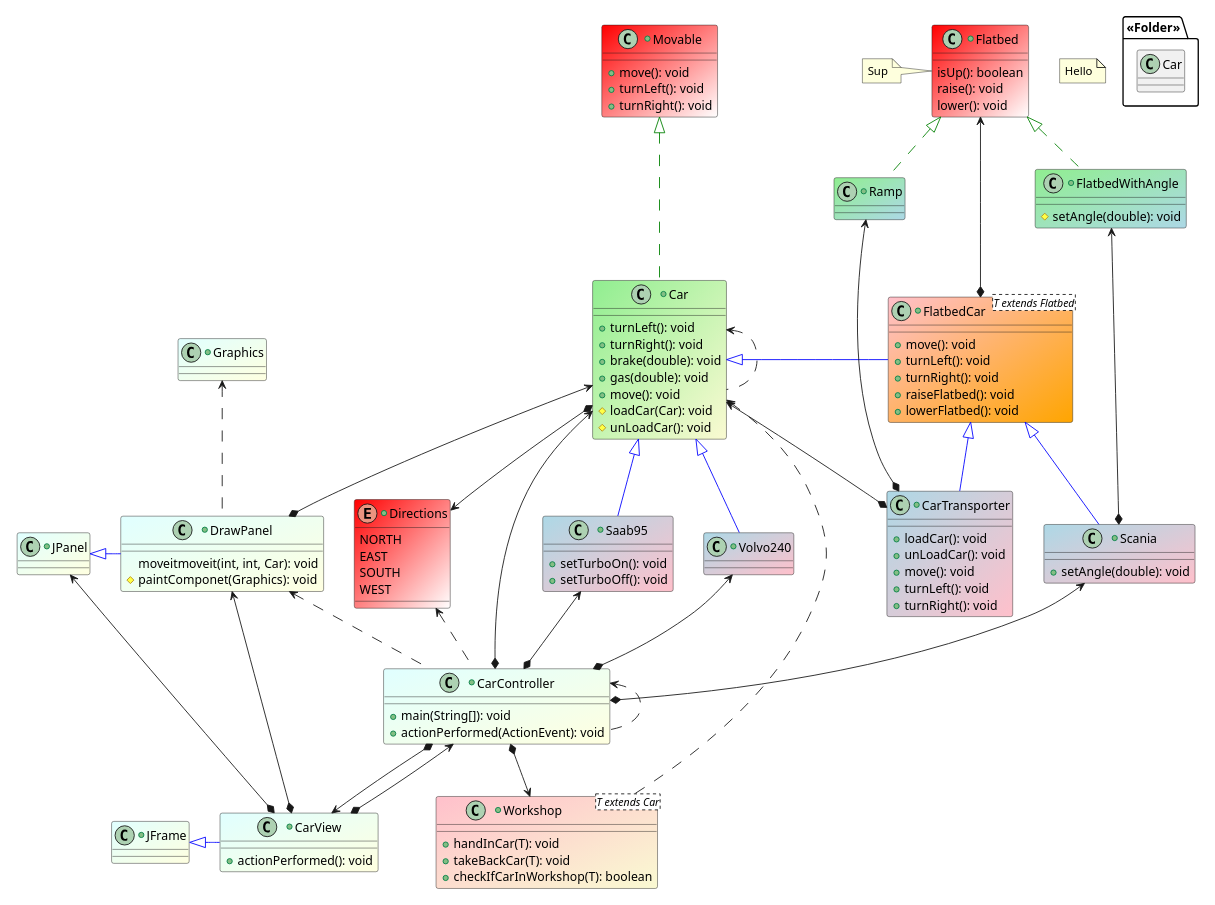
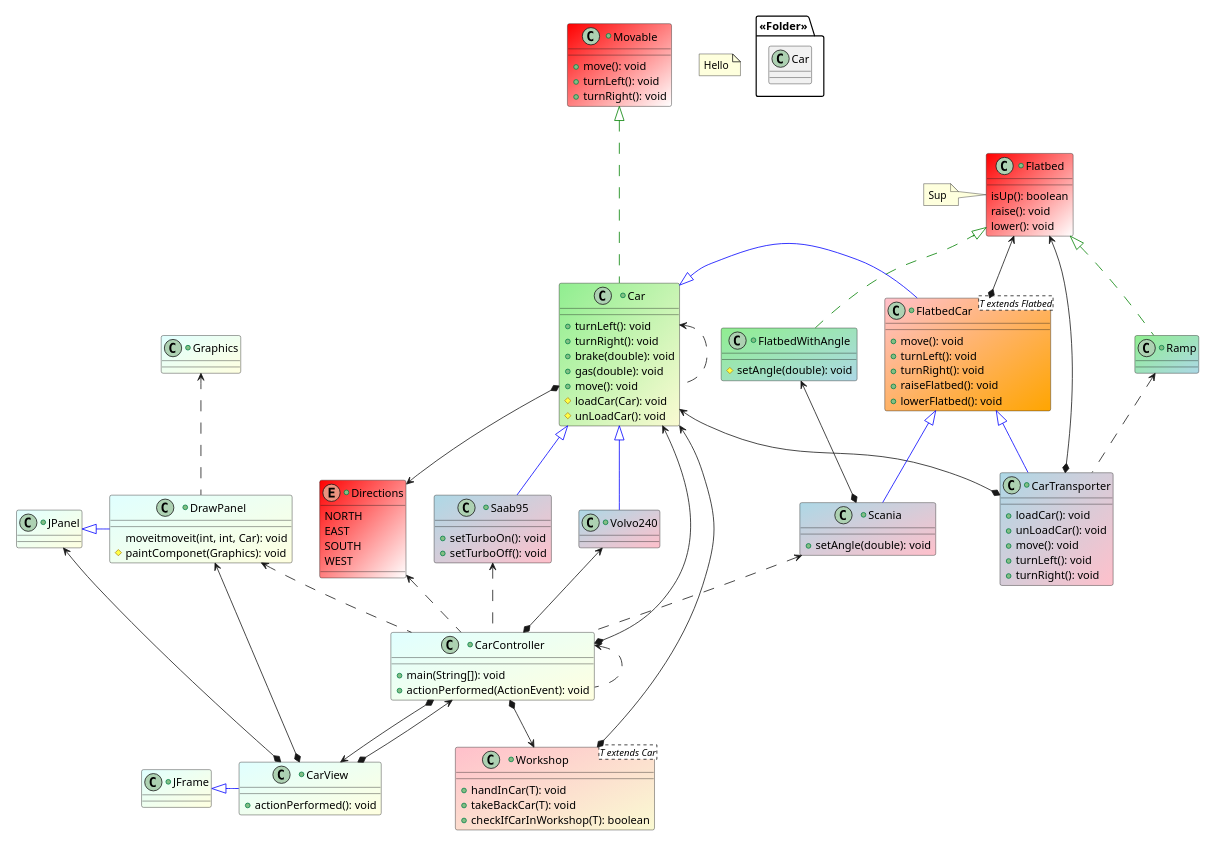
The diagram in src/UML.puml (matildalysmark/lab1), drawn with PlantUML before and after one commit. The commit also changed 3 other files, not shown here.

```diff
--- a/src/UML.puml
+++ b/src/UML.puml
@@ -1,159 +1,159 @@
 @startuml
 'https://plantuml.com/class-diagram
 
 abstract class FlatbedCar
 abstract class Workshop
 interface Movable
 interface Flatbed
 
 note "Hello" as N1
 
 +class Graphics #lightcyan/lightyellow {
 }
 Graphics <.. DrawPanel
 
 +class JPanel #lightcyan/lightyellow {
 }
 JPanel <|-[#blue] DrawPanel
-JPanel <---* CarView
+JPanel <--* CarView
 
 +class JFrame #lightcyan/lightyellow {
 }
 JFrame <|-[#blue] CarView
 
 +class Movable #red/white{
 {method} + move(): void
 {method} + turnLeft(): void
 {method} + turnRight(): void
 
 }
 Movable <|.[#green].. Car
 
 +class Flatbed #red/white
 {
 {method} isUp(): boolean
 {method} raise(): void
 {method} lower(): void
 }
 note left: Sup
 
 Flatbed <|.[#green]. Ramp
 Flatbed <|.[#green]. FlatbedWithAngle
 Flatbed <--* FlatbedCar
+Flatbed <--* CarTransporter
 
 +class Car #LightGreen/LightGoldenRodYellow
 {
 {method} +turnLeft(): void
 {method} +turnRight(): void
 {method} +brake(double): void
 {method} +gas(double): void
 {method} +move(): void
 {method} #loadCar(Car): void
 {method} #unLoadCar(): void
 }
 Car *--> Directions
 Car <--* CarController
 Car <--* CarTransporter
-Car <--* DrawPanel
+Car <--* Workshop
 Car <.. Car
-Car <... Workshop
 
 Car <|-[#blue] FlatbedCar
 Car <|-[#blue]- Saab95
 Car <|-[#blue]- Volvo240
 
 
 
 
 
 +class Saab95 #lightblue/pink{
 {method} +setTurboOn(): void
 {method} +setTurboOff(): void
 }
-Saab95 <--* CarController
+Saab95 <.. CarController
 
 +class Volvo240 #lightblue/pink{
 }
 Volvo240 <--* CarController
 
 +class Scania #lightblue/pink{
 {method} +setAngle(double): void
 
 }
-Scania <--* CarController
+Scania <.. CarController
 
 +class CarTransporter #lightblue/pink{
 {method} +loadCar(): void
 {method} +unLoadCar(): void
 {method} +move(): void
 {method} +turnLeft(): void
 {method} +turnRight(): void
 }
 
 +class Ramp #lightgreen/lightblue{
 }
-Ramp <---* CarTransporter
+Ramp <.. CarTransporter
 
 
 +class FlatbedWithAngle #lightgreen/lightblue{
 {method} #setAngle(double): void
 }
 FlatbedWithAngle <--*Scania
 
 +class DrawPanel #lightcyan/lightyellow {
 {method} moveitmoveit(int, int, Car): void
 {method} #paintComponet(Graphics): void
 }
 DrawPanel <--* CarView
 DrawPanel <.. CarController
 
 
 +class CarView #lightcyan/lightyellow {
 {method} +actionPerformed(): void
 }
 
 
 +class CarController #lightcyan/lightyellow {
 {method} + main(String[]): void
 {method} + actionPerformed(ActionEvent): void
 }
 CarController *--> Workshop
 CarController *--> CarView
 CarController <--* CarView
 CarController <.. CarController
 
 scale 750 width
 package  <<Folder>>{
 class Car
 }
 
 +class Workshop<T extends Car> #pink/LightGoldenRodYellow
 {
 {method} +handInCar(T): void
 {method} +takeBackCar(T): void
 {method} +checkIfCarInWorkshop(T): boolean
 }
 
 
 +class FlatbedCar<T extends Flatbed> #pink/orange
 {
 {method} + move(): void
 {method} + turnLeft(): void
 {method} + turnRight(): void
 {method} + raiseFlatbed(): void
 {method} + lowerFlatbed(): void
 }
 FlatbedCar <|-[#blue]- Scania
 FlatbedCar <|-[#blue]- CarTransporter
 
 
 
 +enum Directions #red/white {
 NORTH
 EAST
 SOUTH
 WEST
 }
 Directions <.. CarController
 
 @enduml
```
